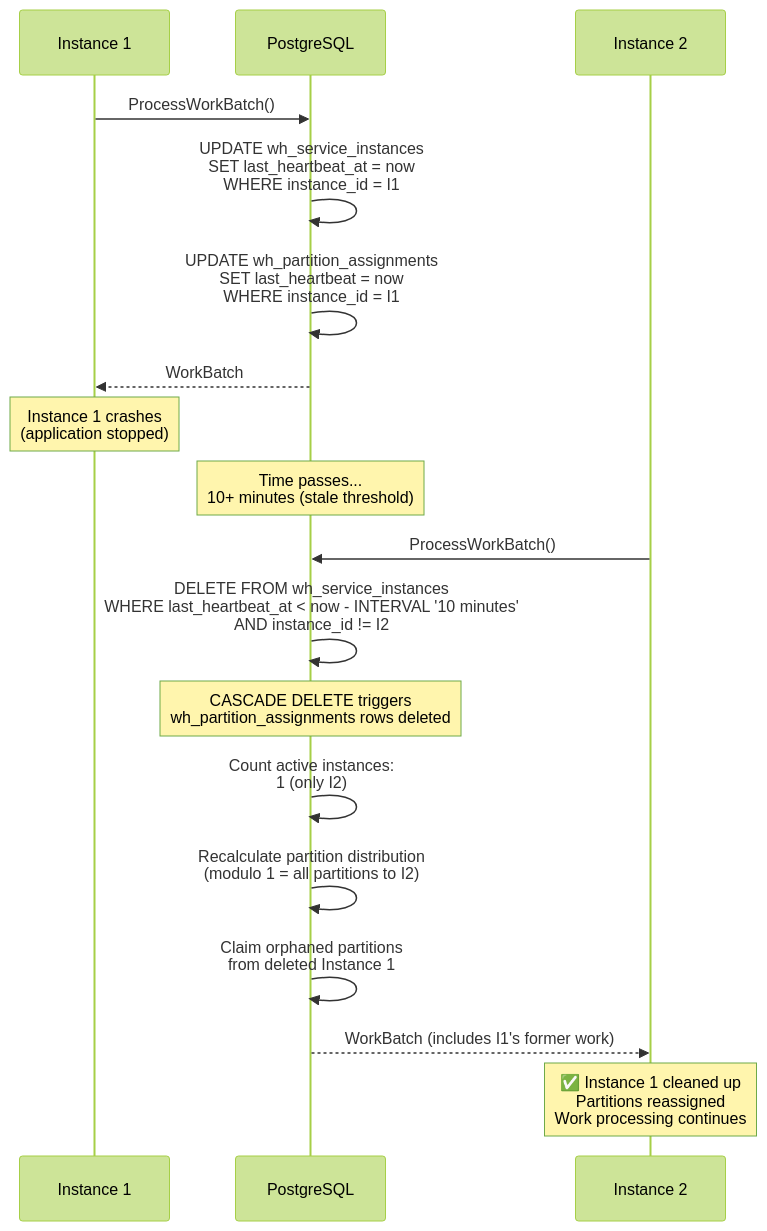
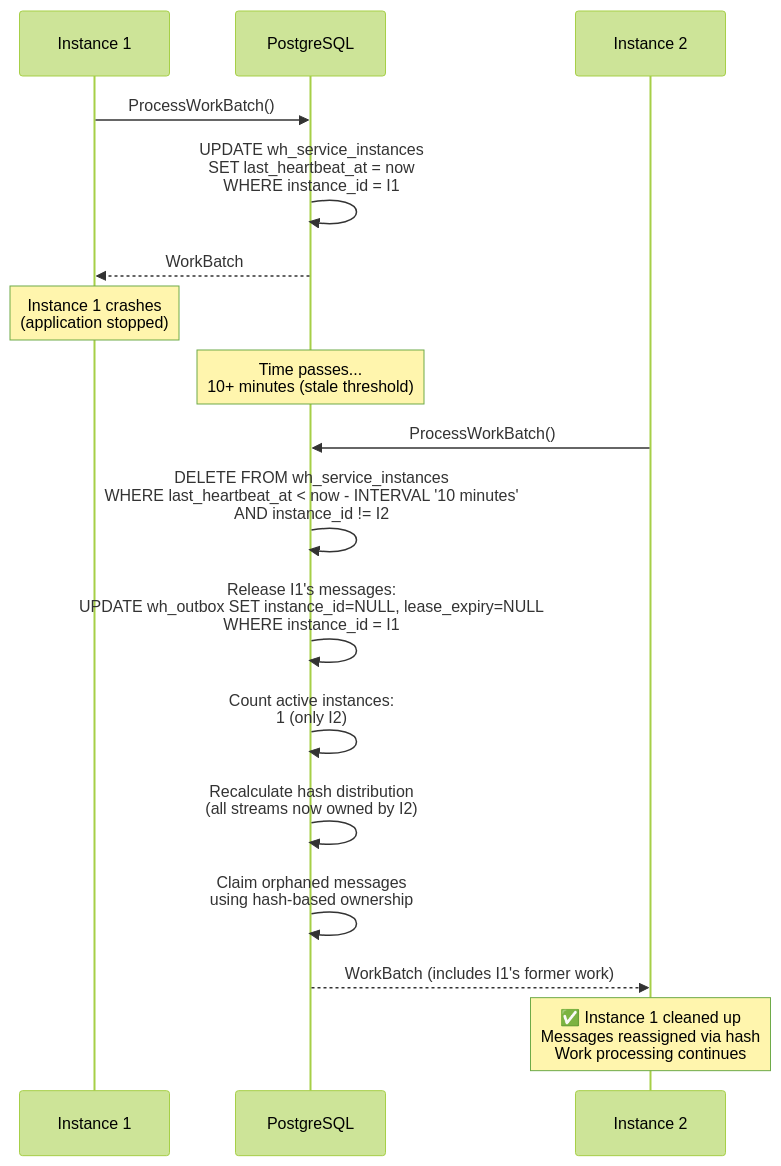
The second of 10 diagrams in src/assets/docs/v0.1.0/messaging/multi-instance-coordination.md (whizbang-lib/whizbang-lib.github.io), drawn with Mermaid (forest theme) before and after one commit. The commit also changed other lines of this file and 4 other files, not shown here.

````diff
--- a/src/assets/docs/v0.1.0/messaging/multi-instance-coordination.md
+++ b/src/assets/docs/v0.1.0/messaging/multi-instance-coordination.md
@@ -67,25 +67,24 @@
 ```mermaid
 sequenceDiagram
     participant I1 as Instance 1
     participant DB as PostgreSQL
     participant I2 as Instance 2
 
     I1->>DB: ProcessWorkBatch()
     DB->>DB: UPDATE wh_service_instances<br/>SET last_heartbeat_at = now<br/>WHERE instance_id = I1
-    DB->>DB: UPDATE wh_partition_assignments<br/>SET last_heartbeat = now<br/>WHERE instance_id = I1
     DB-->>I1: WorkBatch
 
     Note over I1: Instance 1 crashes<br/>(application stopped)
 
     Note over DB: Time passes...<br/>10+ minutes (stale threshold)
 
     I2->>DB: ProcessWorkBatch()
     DB->>DB: DELETE FROM wh_service_instances<br/>WHERE last_heartbeat_at < now - INTERVAL '10 minutes'<br/>AND instance_id != I2
-    Note over DB: CASCADE DELETE triggers<br/>wh_partition_assignments rows deleted
+    DB->>DB: Release I1's messages:<br/>UPDATE wh_outbox SET instance_id=NULL, lease_expiry=NULL<br/>WHERE instance_id = I1
     DB->>DB: Count active instances:<br/>1 (only I2)
-    DB->>DB: Recalculate partition distribution<br/>(modulo 1 = all partitions to I2)
-    DB->>DB: Claim orphaned partitions<br/>from deleted Instance 1
+    DB->>DB: Recalculate hash distribution<br/>(all streams now owned by I2)
+    DB->>DB: Claim orphaned messages<br/>using hash-based ownership
     DB-->>I2: WorkBatch (includes I1's former work)
 
-    Note over I2: ✅ Instance 1 cleaned up<br/>Partitions reassigned<br/>Work processing continues
+    Note over I2: ✅ Instance 1 cleaned up<br/>Messages reassigned via hash<br/>Work processing continues
 ```
````
